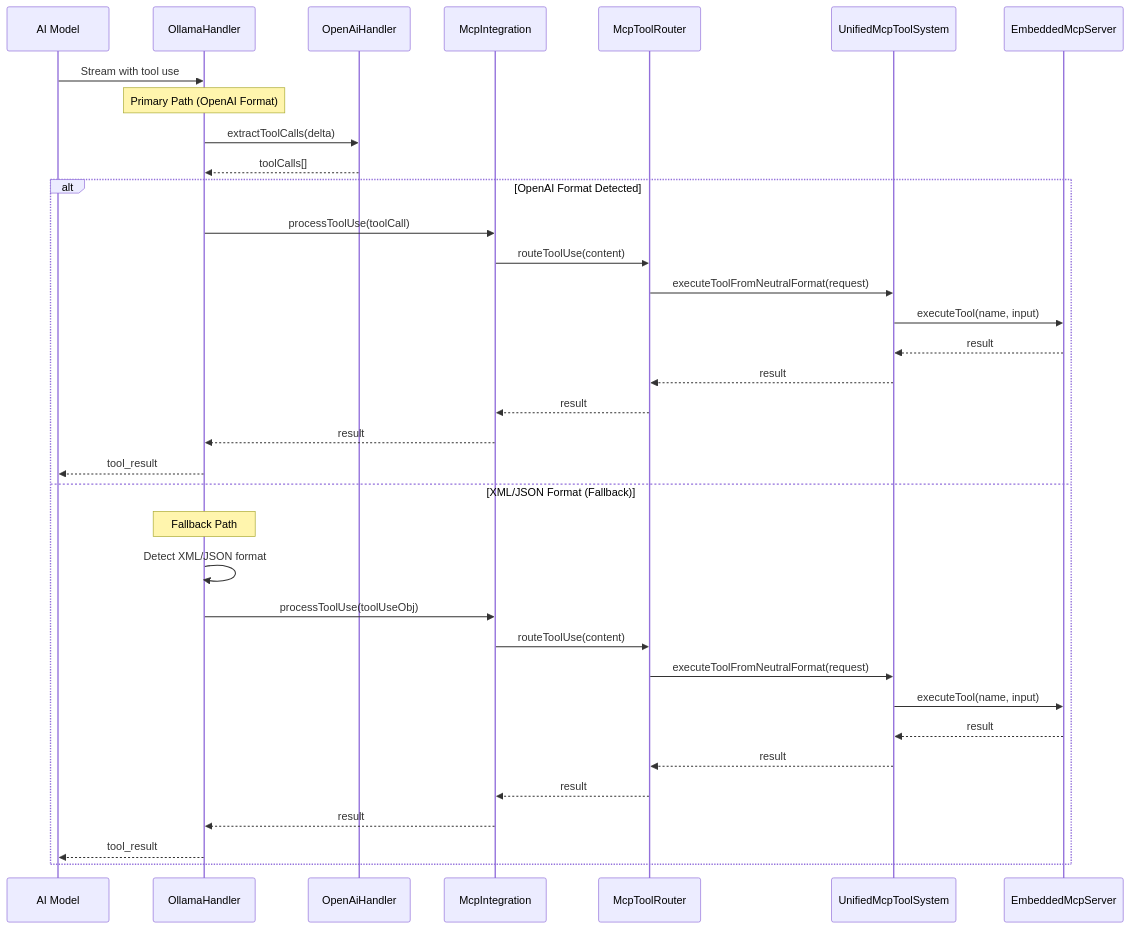
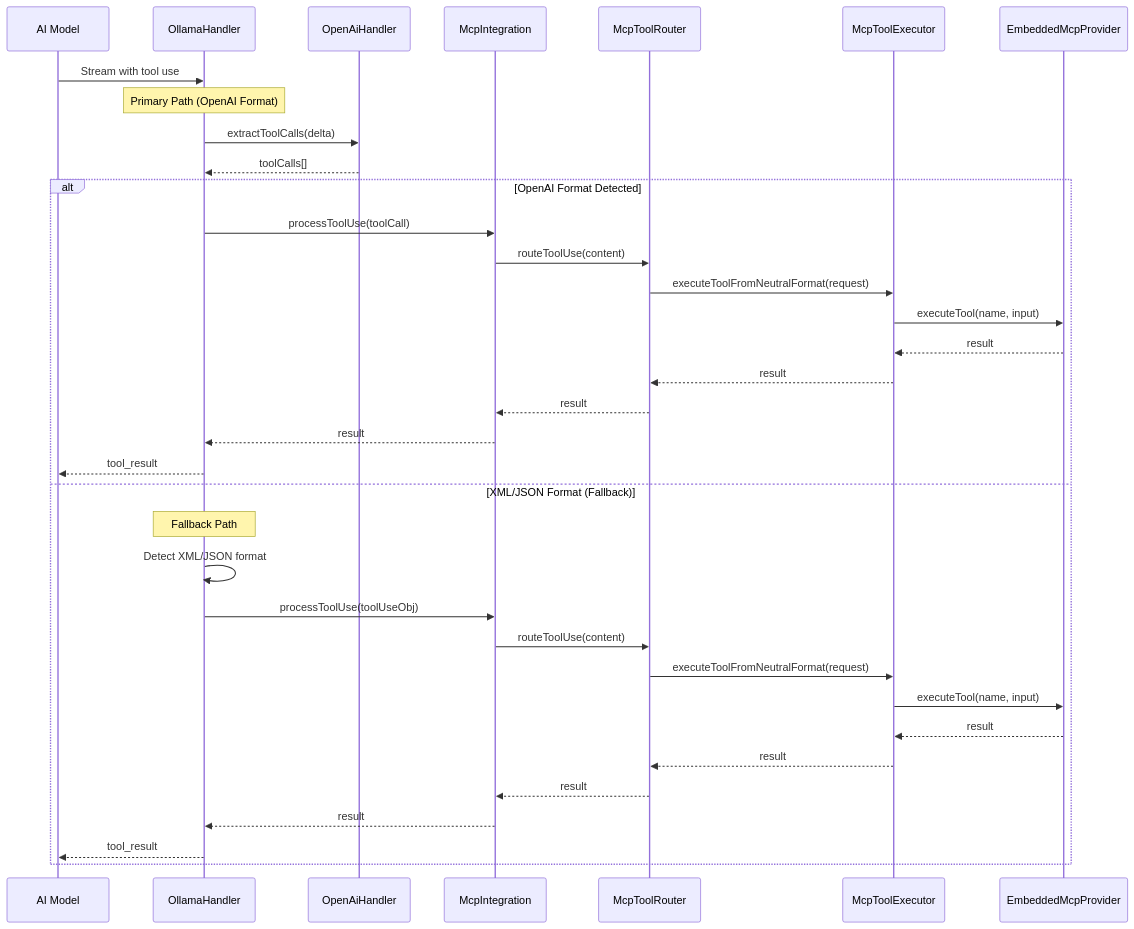
Before and after one commit to sydneyrenee/Thea-Code: the second of 5 diagrams in cline_docs/architectural_notes/tool_use/ollama_openai_integration_plan.md, drawn with Mermaid. The commit also changed other lines of this file and 13 other files, not shown here.

````diff
--- a/cline_docs/architectural_notes/tool_use/ollama_openai_integration_plan.md
+++ b/cline_docs/architectural_notes/tool_use/ollama_openai_integration_plan.md
@@ -35,40 +35,40 @@
 ```mermaid
 sequenceDiagram
     participant Model as AI Model
     participant OH as OllamaHandler
     participant OAH as OpenAiHandler
     participant MCP as McpIntegration
     participant Router as McpToolRouter
-    participant System as UnifiedMcpToolSystem
-    participant Server as EmbeddedMcpServer
+    participant System as McpToolExecutor
+    participant Server as EmbeddedMcpProvider
 
     Model->>OH: Stream with tool use
     
     Note over OH: Primary Path (OpenAI Format)
     OH->>OAH: extractToolCalls(delta)
     OAH-->>OH: toolCalls[]
     
     alt OpenAI Format Detected
         OH->>MCP: processToolUse(toolCall)
         MCP->>Router: routeToolUse(content)
         Router->>System: executeToolFromNeutralFormat(request)
         System->>Server: executeTool(name, input)
         Server-->>System: result
         System-->>Router: result
         Router-->>MCP: result
         MCP-->>OH: result
         OH-->>Model: tool_result
     else XML/JSON Format (Fallback)
         Note over OH: Fallback Path
         OH->>OH: Detect XML/JSON format
         OH->>MCP: processToolUse(toolUseObj)
         MCP->>Router: routeToolUse(content)
         Router->>System: executeToolFromNeutralFormat(request)
         System->>Server: executeTool(name, input)
         Server-->>System: result
         System-->>Router: result
         Router-->>MCP: result
         MCP-->>OH: result
         OH-->>Model: tool_result
     end
 ```
````
